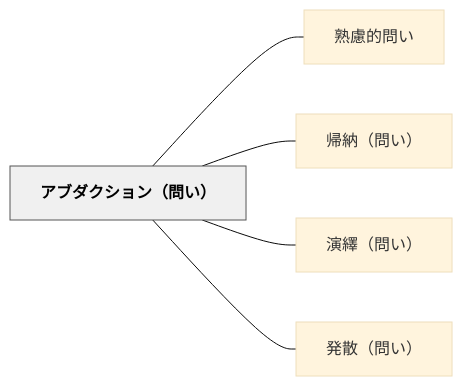
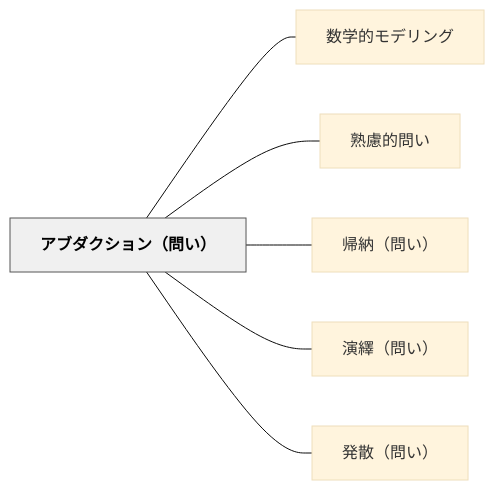
Before and after one commit to unknownthings-ed-patterns/unknownthings-ed-patterns: the diagram in content/パタン/アブダクション（問い）.md, drawn with Mermaid (base theme). The commit also changed other lines of this file and 473 other files, not shown here.

````diff
--- a/content/パタン/アブダクション（問い）.md
+++ b/content/パタン/アブダクション（問い）.md
@@ -49,16 +50,18 @@
 ```mermaid
 flowchart LR
     ne382a2e38396["アブダクション（問い）"]
+    ne695b0e5ada6["数学的モデリング"]
     ne7869fe685ae["熟慮的問い"]
     ne5b8b0e7b48d["帰納（問い）"]
     ne6bc94e7b9b9["演繹（問い）"]
     ne799bae695a3["発散（問い）"]
 
+    ne382a2e38396 --- ne695b0e5ada6
     ne382a2e38396 --- ne7869fe685ae
     ne382a2e38396 --- ne5b8b0e7b48d
     ne382a2e38396 --- ne6bc94e7b9b9
     ne382a2e38396 --- ne799bae695a3
 
     classDef hub fill:#f0f0f0,stroke:#555,color:#000,font-weight:bold
     class ne382a2e38396 hub
 ```
````
